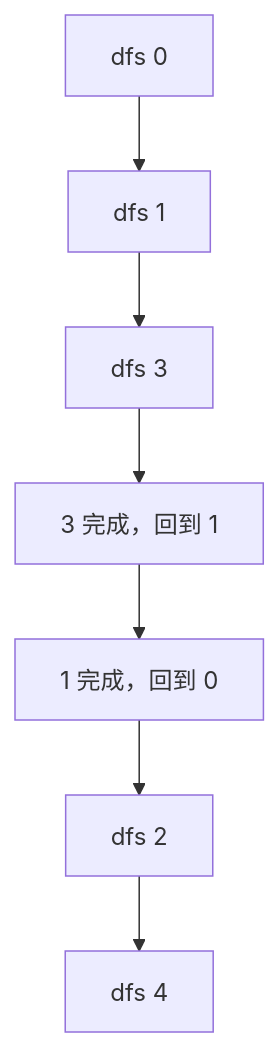
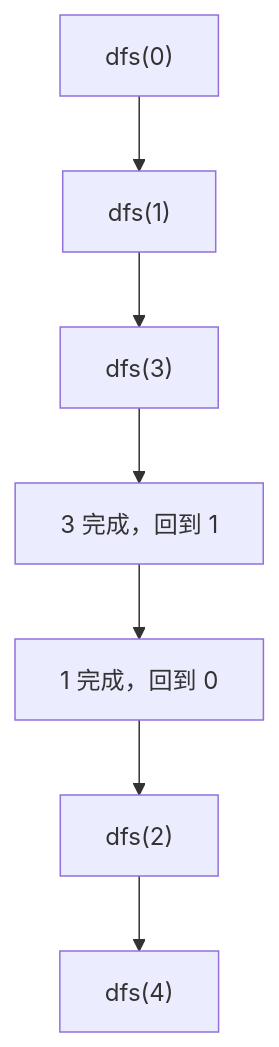
Before and after one commit to davidchen0970/algorithm_note: the third of 6 diagrams in 07_graph/29_dfs.md, drawn with Mermaid. The commit also changed other lines of this file, not shown here.

````diff
--- a/07_graph/29_dfs.md
+++ b/07_graph/29_dfs.md
@@ -240,9 +271,9 @@
 ```mermaid
 flowchart TD
-    A[dfs 0] --> B[dfs 1]
-    B --> C[dfs 3]
-    C --> D[3 完成，回到 1]
-    D --> E[1 完成，回到 0]
-    E --> F[dfs 2]
-    F --> G[dfs 4]
+    A["dfs(0)"] --> B["dfs(1)"]
+    B --> C["dfs(3)"]
+    C --> D["3 完成，回到 1"]
+    D --> E["1 完成，回到 0"]
+    E --> F["dfs(2)"]
+    F --> G["dfs(4)"]
 ```
````
